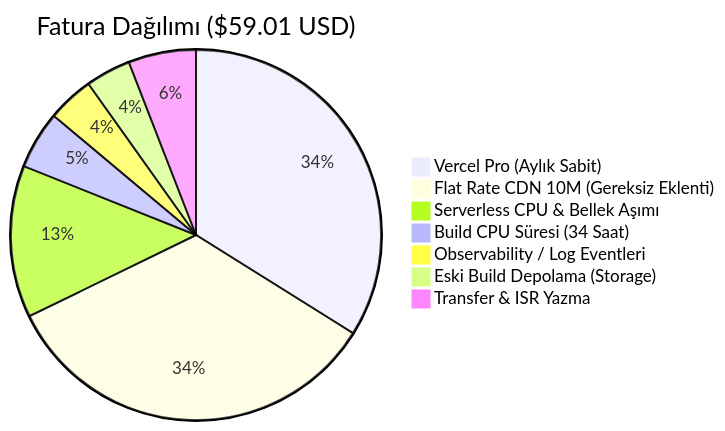
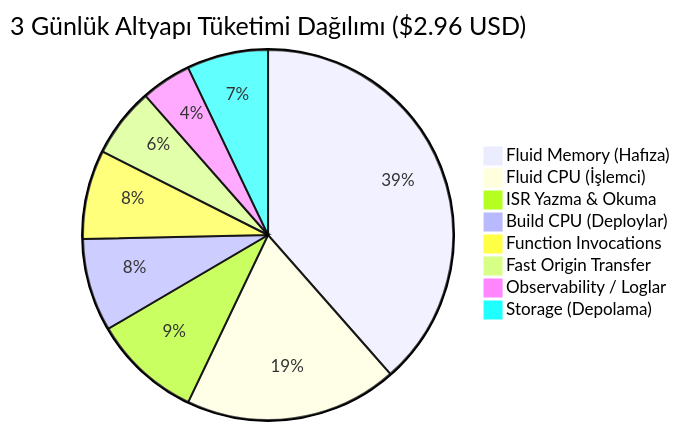
The diagram in VERCEL_FATURA_VE_OPTIMIZASYON_RAPORU.md (xmarketing-dot/x-marketing-dot), drawn with Mermaid before and after one commit. The commit also changed other lines of this file, not shown here.

````diff
--- a/VERCEL_FATURA_VE_OPTIMIZASYON_RAPORU.md
+++ b/VERCEL_FATURA_VE_OPTIMIZASYON_RAPORU.md
@@ -14,10 +27,11 @@
 ```mermaid
-pie title Fatura Dağılımı ($59.01 USD)
-    "Vercel Pro (Aylık Sabit)" : 20.00
-    "Flat Rate CDN 10M (Gereksiz Eklenti)" : 20.00
-    "Serverless CPU & Bellek Aşımı" : 7.83
-    "Build CPU Süresi (34 Saat)" : 2.98
-    "Observability / Log Eventleri" : 2.39
-    "Eski Build Depolama (Storage)" : 2.33
-    "Transfer & ISR Yazma" : 3.48
+pie title 3 Günlük Altyapı Tüketimi Dağılımı ($2.96 USD)
+    "Fluid Memory (Hafıza)" : 1.14
+    "Fluid CPU (İşlemci)" : 0.55
+    "ISR Yazma & Okuma" : 0.28
+    "Build CPU (Deploylar)" : 0.24
+    "Function Invocations" : 0.23
+    "Fast Origin Transfer" : 0.18
+    "Observability / Loglar" : 0.13
+    "Storage (Depolama)" : 0.21
 ```
````
